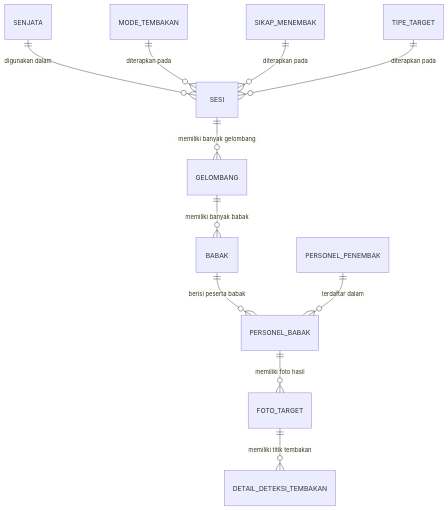
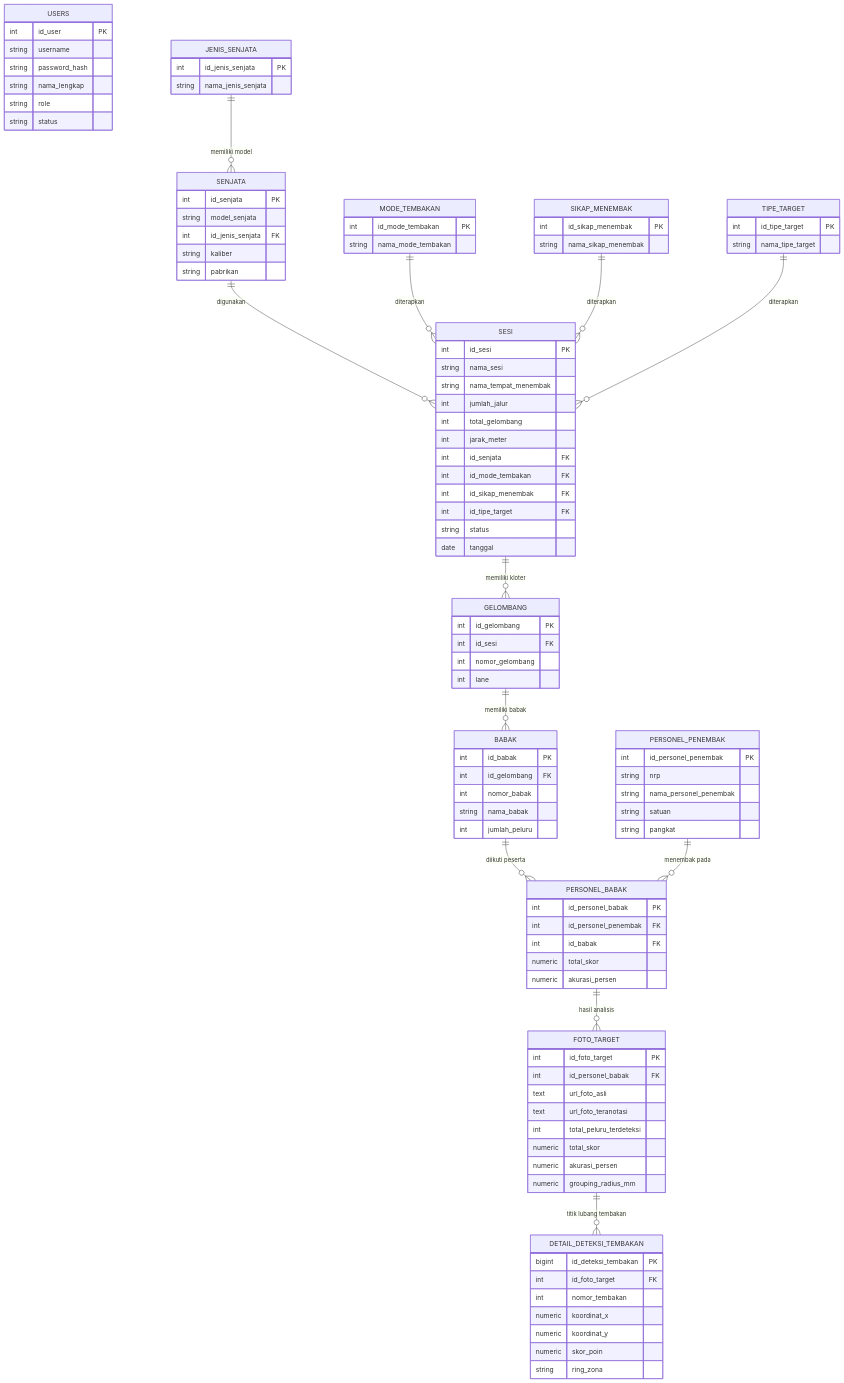
Before and after one commit to Emazer01/sitrak-backend: the diagram in README.md, drawn with Mermaid. The commit also changed other lines of this file and 7 other files, not shown here.

````diff
--- a/README.md
+++ b/README.md
@@ -96,13 +254,106 @@
 ```mermaid
 erDiagram
-    SESI ||--o{ GELOMBANG : "memiliki banyak gelombang"
-    GELOMBANG ||--o{ BABAK : "memiliki banyak babak"
-    BABAK ||--o{ PERSONEL_BABAK : "berisi peserta babak"
-    PERSONEL_PENEMBAK ||--o{ PERSONEL_BABAK : "terdaftar dalam"
-    PERSONEL_BABAK ||--o{ FOTO_TARGET : "memiliki foto hasil"
-    FOTO_TARGET ||--o{ DETAIL_DETEKSI_TEMBAKAN : "memiliki titik tembakan"
-    SENJATA ||--o{ SESI : "digunakan dalam"
-    MODE_TEMBAKAN ||--o{ SESI : "diterapkan pada"
-    SIKAP_MENEMBAK ||--o{ SESI : "diterapkan pada"
-    TIPE_TARGET ||--o{ SESI : "diterapkan pada"
+    USERS {
+        int id_user PK
+        string username
+        string password_hash
+        string nama_lengkap
+        string role
+        string status
+    }
+    JENIS_SENJATA {
+        int id_jenis_senjata PK
+        string nama_jenis_senjata
+    }
+    SENJATA {
+        int id_senjata PK
+        string model_senjata
+        int id_jenis_senjata FK
+        string kaliber
+        string pabrikan
+    }
+    MODE_TEMBAKAN {
+        int id_mode_tembakan PK
+        string nama_mode_tembakan
+    }
+    SIKAP_MENEMBAK {
+        int id_sikap_menembak PK
+        string nama_sikap_menembak
+    }
+    TIPE_TARGET {
+        int id_tipe_target PK
+        string nama_tipe_target
+    }
+    PERSONEL_PENEMBAK {
+        int id_personel_penembak PK
+        string nrp
+        string nama_personel_penembak
+        string satuan
+        string pangkat
+    }
+    SESI {
+        int id_sesi PK
+        string nama_sesi
+        string nama_tempat_menembak
+        int jumlah_jalur
+        int total_gelombang
+        int jarak_meter
+        int id_senjata FK
+        int id_mode_tembakan FK
+        int id_sikap_menembak FK
+        int id_tipe_target FK
+        string status
+        date tanggal
+    }
+    GELOMBANG {
+        int id_gelombang PK
+        int id_sesi FK
+        int nomor_gelombang
+        int lane
+    }
+    BABAK {
+        int id_babak PK
+        int id_gelombang FK
+        int nomor_babak
+        string nama_babak
+        int jumlah_peluru
+    }
+    PERSONEL_BABAK {
+        int id_personel_babak PK
+        int id_personel_penembak FK
+        int id_babak FK
+        numeric total_skor
+        numeric akurasi_persen
+    }
+    FOTO_TARGET {
+        int id_foto_target PK
+        int id_personel_babak FK
+        text url_foto_asli
+        text url_foto_teranotasi
+        int total_peluru_terdeteksi
+        numeric total_skor
+        numeric akurasi_persen
+        numeric grouping_radius_mm
+    }
+    DETAIL_DETEKSI_TEMBAKAN {
+        bigint id_deteksi_tembakan PK
+        int id_foto_target FK
+        int nomor_tembakan
+        numeric koordinat_x
+        numeric koordinat_y
+        numeric skor_poin
+        string ring_zona
+    }
+
+    JENIS_SENJATA ||--o{ SENJATA : "memiliki model"
+    SENJATA ||--o{ SESI : "digunakan"
+    MODE_TEMBAKAN ||--o{ SESI : "diterapkan"
+    SIKAP_MENEMBAK ||--o{ SESI : "diterapkan"
+    TIPE_TARGET ||--o{ SESI : "diterapkan"
+    SESI ||--o{ GELOMBANG : "memiliki kloter"
+    GELOMBANG ||--o{ BABAK : "memiliki babak"
+    BABAK ||--o{ PERSONEL_BABAK : "diikuti peserta"
+    PERSONEL_PENEMBAK ||--o{ PERSONEL_BABAK : "menembak pada"
+    PERSONEL_BABAK ||--o{ FOTO_TARGET : "hasil analisis"
+    FOTO_TARGET ||--o{ DETAIL_DETEKSI_TEMBAKAN : "titik lubang tembakan"
 ```
````
